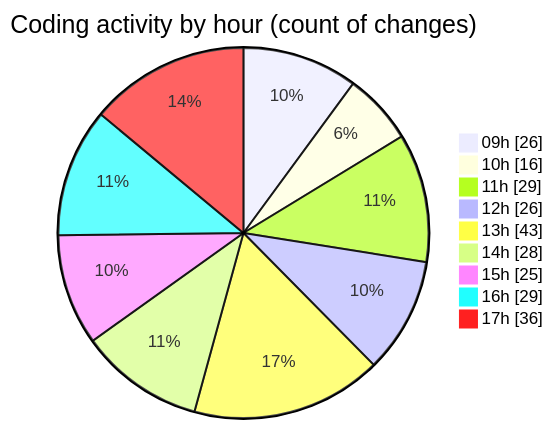
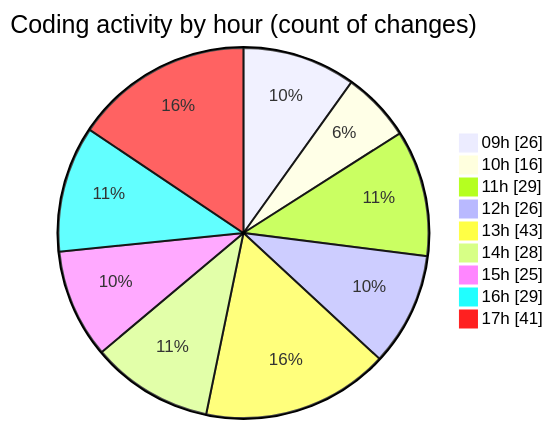
Before and after one commit to momahboobian/code-tracking: the second of 2 diagrams in 2025-11-17/cda/README.md, drawn with Mermaid. The commit also changed other lines of this file and 1 other file, not shown here.

````diff
--- a/2025-11-17/cda/README.md
+++ b/2025-11-17/cda/README.md
@@ -46,13 +46,13 @@
 ```mermaid
 pie showData
 title Coding activity by hour (count of changes)
 "09h" : 26
 "10h" : 16
 "11h" : 29
 "12h" : 26
 "13h" : 43
 "14h" : 28
 "15h" : 25
 "16h" : 29
-"17h" : 36
+"17h" : 41
 ```
````
